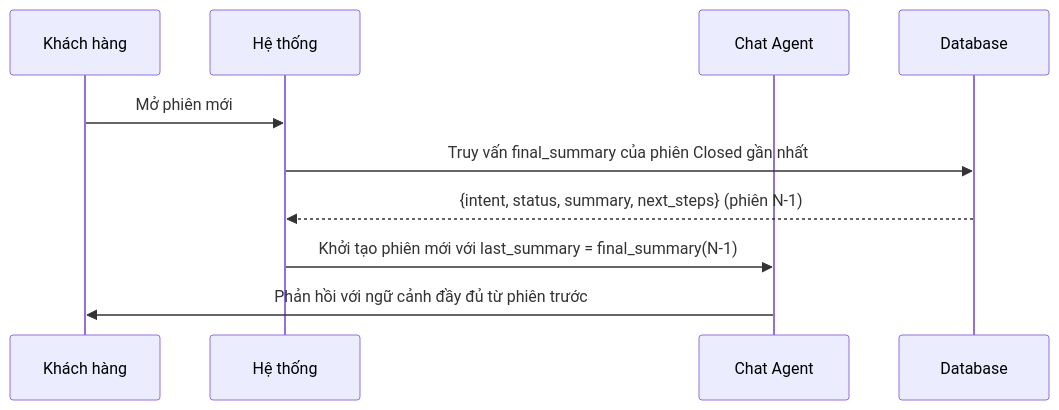
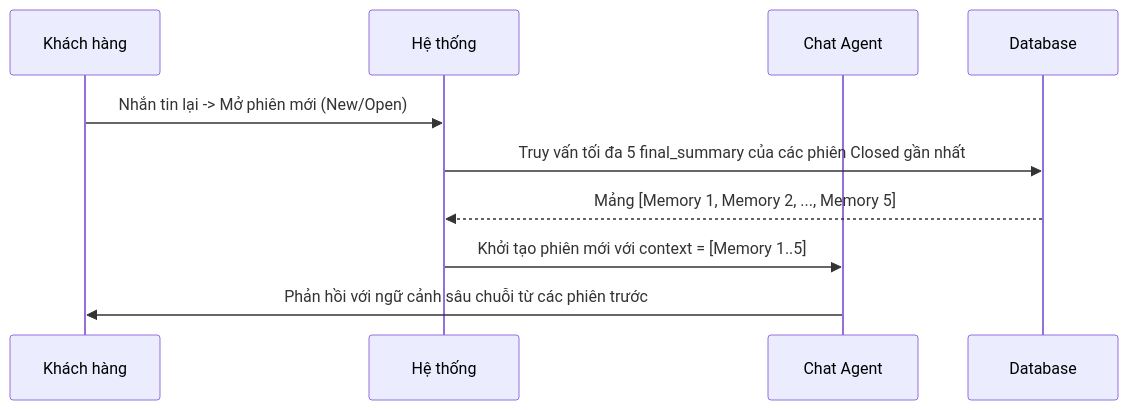
Before and after one commit to Mira-Miraaa/Gapone-Conversation: the third of 4 diagrams in Docs/AI_Chatbot/prd-conversation-summary.md, drawn with Mermaid. The commit also changed other lines of this file and 1 other file, not shown here.

Commit message:
docs: update conversation memory and summary PRDs to reflect recent architecture changes

````diff
--- a/Docs/AI_Chatbot/prd-conversation-summary.md
+++ b/Docs/AI_Chatbot/prd-conversation-summary.md
@@ -146,13 +168,13 @@
 ```mermaid
 sequenceDiagram
     participant KH as Khách hàng
     participant Sys as Hệ thống
     participant Chat as Chat Agent
     participant DB as Database
 
-    KH->>Sys: Mở phiên mới
-    Sys->>DB: Truy vấn final_summary của phiên Closed gần nhất
-    DB-->>Sys: {intent, status, summary, next_steps} (phiên N-1)
-    Sys->>Chat: Khởi tạo phiên mới với last_summary = final_summary(N-1)
-    Chat->>KH: Phản hồi với ngữ cảnh đầy đủ từ phiên trước
+    KH->>Sys: Nhắn tin lại -> Mở phiên mới (New/Open)
+    Sys->>DB: Truy vấn tối đa 5 final_summary của các phiên Closed gần nhất
+    DB-->>Sys: Mảng [Memory 1, Memory 2, ..., Memory 5]
+    Sys->>Chat: Khởi tạo phiên mới với context = [Memory 1..5]
+    Chat->>KH: Phản hồi với ngữ cảnh sâu chuỗi từ các phiên trước
 ```
````
